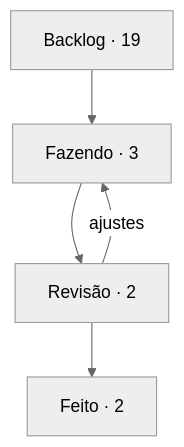
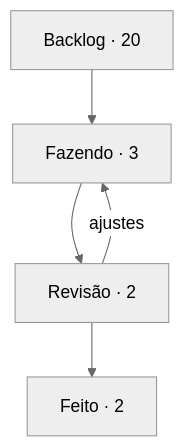
One commit to StudioVibi/VibiKanban changed the diagram in boards/dungeon-bend/BOARD.md. Above: the diagram before and after it, drawn with Mermaid (neutral theme). The commit also changed other lines of this file and 2 other files, not shown here.

````diff
--- a/boards/dungeon-bend/BOARD.md
+++ b/boards/dungeon-bend/BOARD.md
@@ -5,10 +5,10 @@
 ```mermaid
 flowchart TD
-  backlog["Backlog · 19"] --> doing["Fazendo · 3"]
+  backlog["Backlog · 20"] --> doing["Fazendo · 3"]
   doing --> review["Revisão · 2"]
   review --> done["Feito · 2"]
   review -->|ajustes| doing
   doing:::blue
   review:::yellow
   done:::green
 ```
````
